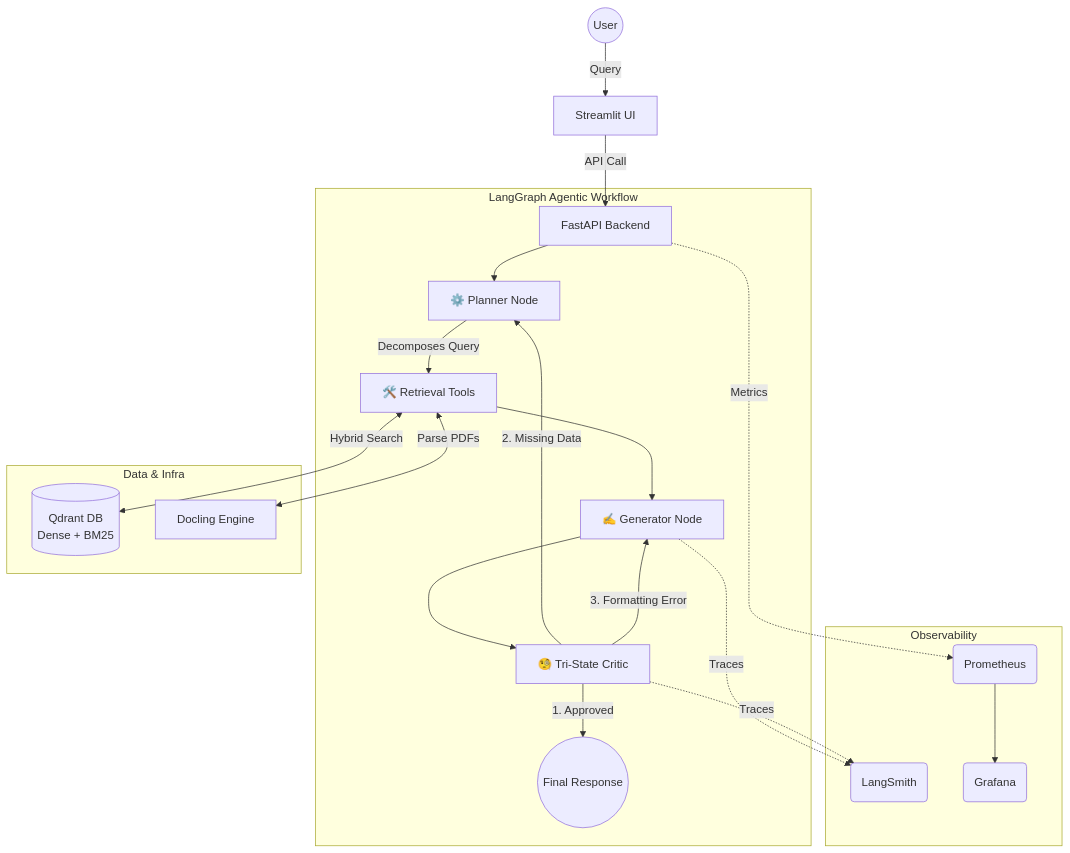
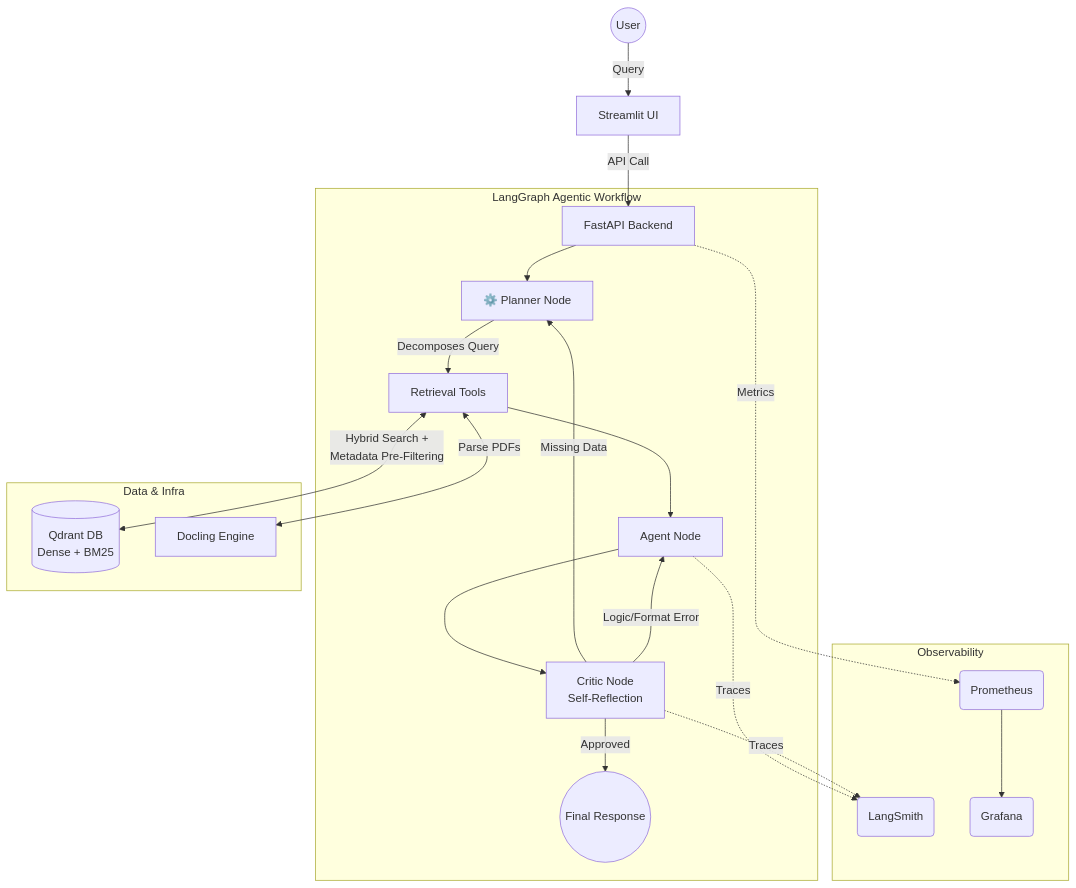
Before and after one commit to kapitan05/SmartRAG: the diagram in README.md, drawn with Mermaid. The commit also changed other lines of this file, not shown here.

````diff
--- a/README.md
+++ b/README.md
@@ -29,32 +31,32 @@
 ```mermaid
 graph TD
     %% User Flow
     User((User)) -->|Query| UI[Streamlit UI]
     UI -->|API Call| FA[FastAPI Backend]
 
     %% LangGraph Flow
     subgraph LangGraph Agentic Workflow
         FA --> Planner[⚙️ Planner Node]
-        Planner -->|Decomposes Query| Tools[🛠️ Retrieval Tools]
-        Tools --> Agent[✍️ Generator Node]
+        Planner -->|Decomposes Query| Tools[Retrieval Tools]
+        Tools --> Agent[Agent Node]
         
-        Agent --> Critic[🧐 Tri-State Critic]
+        Agent --> Critic[Critic Node<br>Self-Reflection]
         
-        Critic -->|1. Approved| Output((Final Response))
-        Critic -->|2. Missing Data| Planner
-        Critic -->|3. Formatting Error| Agent
+        Critic -->|Approved| Output((Final Response))
+        Critic -->|Missing Data| Planner
+        Critic -->|Logic/Format Error| Agent
     end
 
     %% Data Layer
     subgraph Data & Infra
-        Tools <-->|Hybrid Search| Qdrant[(Qdrant DB<br>Dense + BM25)]
+        Tools <-->|Hybrid Search +<br>Metadata Pre-Filtering| Qdrant[(Qdrant DB<br>Dense + BM25)]
         Tools <-->|Parse PDFs| Docling[Docling Engine]
     end
 
     %% Telemetry Layer
     subgraph Observability
         Agent -.->|Traces| LS(LangSmith)
         Critic -.->|Traces| LS
         FA -.->|Metrics| Prom(Prometheus) --> Graf(Grafana)
     end
 ```
````
